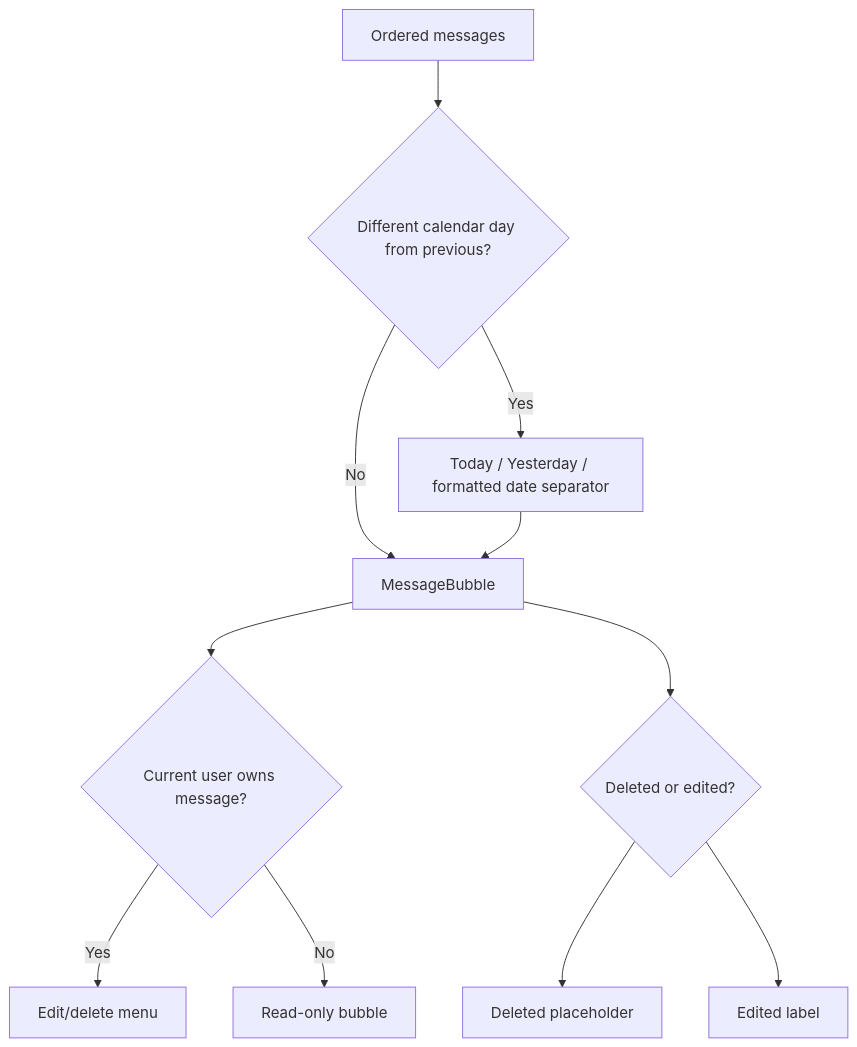
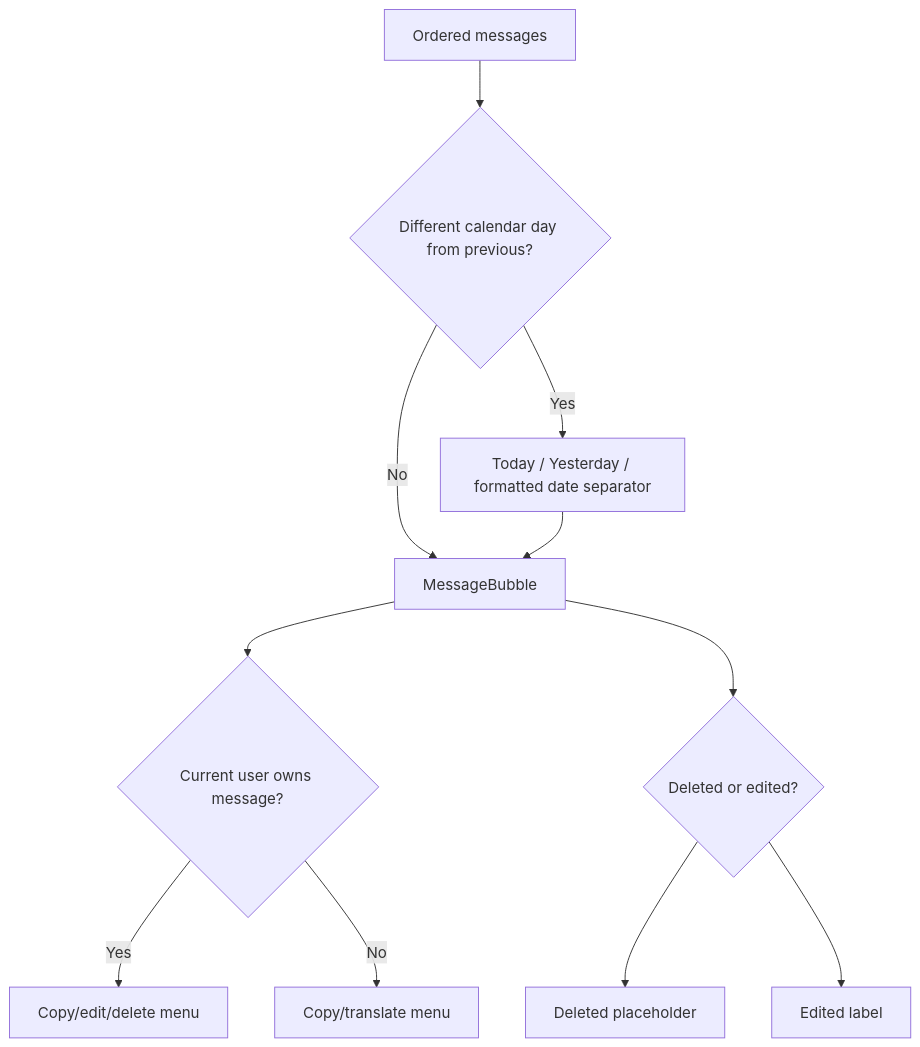
Before and after one commit to Saurav11343/click-chat: the third of 3 diagrams in docs/06-frontend-design.md, drawn with Mermaid. The commit also changed other lines of this file and 12 other files, not shown here.

````diff
--- a/docs/06-frontend-design.md
+++ b/docs/06-frontend-design.md
@@ -93,13 +96,13 @@
 ```mermaid
 flowchart TD
     LIST["Ordered messages"] --> DAY{"Different calendar day from previous?"}
     DAY -->|"Yes"| SEP["Today / Yesterday / formatted date separator"]
     DAY -->|"No"| BUBBLE["MessageBubble"]
     SEP --> BUBBLE
     BUBBLE --> OWN{"Current user owns message?"}
-    OWN -->|"Yes"| MENU["Edit/delete menu"]
-    OWN -->|"No"| VIEW["Read-only bubble"]
+    OWN -->|"Yes"| MENU["Copy/edit/delete menu"]
+    OWN -->|"No"| VIEW["Copy/translate menu"]
     BUBBLE --> STATE{"Deleted or edited?"}
     STATE --> DEL["Deleted placeholder"]
     STATE --> EDIT["Edited label"]
 ```
````
